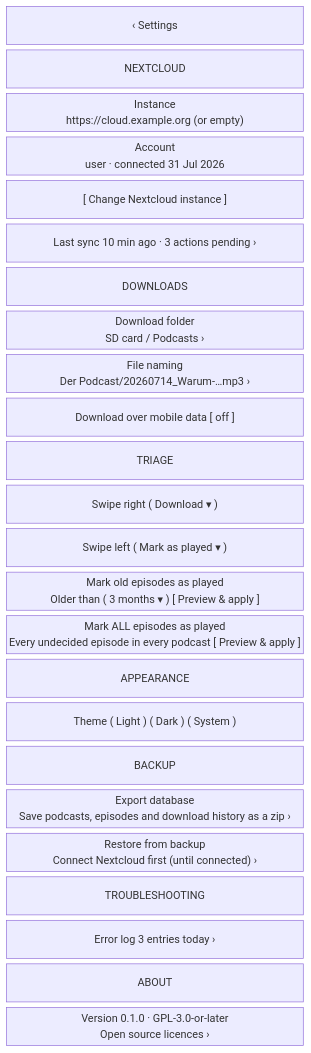
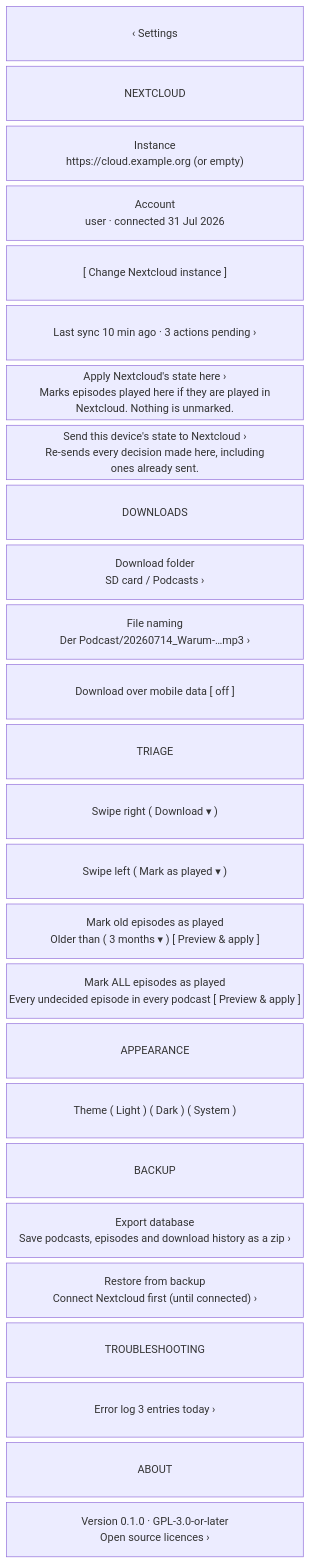
Before and after one commit to drehtuer/podsilo: the sixth of 14 diagrams in docs/UI.md, drawn with Mermaid. The commit also changed other lines of this file and 19 other files, not shown here.

````diff
--- a/docs/UI.md
+++ b/docs/UI.md
@@ -422,28 +422,30 @@
 ```mermaid
 block-beta
   columns 1
   bar["‹  Settings"]
   g1["NEXTCLOUD"]
   r1["Instance\nhttps://cloud.example.org        (or empty)"]
   r2["Account\nuser · connected 31 Jul 2026"]
   r3["[ Change Nextcloud instance ]"]
   r4["Last sync   10 min ago · 3 actions pending      ›"]
+  r4a["Apply Nextcloud's state here                     ›\nMarks episodes played here if they are played in\nNextcloud. Nothing is unmarked."]
+  r4b["Send this device's state to Nextcloud            ›\nRe-sends every decision made here, including\nones already sent."]
   g2["DOWNLOADS"]
   r5["Download folder\nSD card / Podcasts                 ›"]
   r6["File naming\nDer Podcast/20260714_Warum-…mp3    ›"]
   r7["Download over mobile data          [ off ]"]
   g3["TRIAGE"]
   r8["Swipe right    ( Download ▾ )"]
   r9["Swipe left     ( Mark as played ▾ )"]
   r10["Mark old episodes as played\nOlder than ( 3 months ▾ )      [ Preview & apply ]"]
   r11["Mark ALL episodes as played\nEvery undecided episode in every podcast  [ Preview & apply ]"]
   g4["APPEARANCE"]
   r12["Theme    ( Light )  ( Dark )  ( System )"]
   g5["BACKUP"]
   r13["Export database\nSave podcasts, episodes and download history as a zip   ›"]
   r14["Restore from backup\nConnect Nextcloud first  (until connected)                ›"]
   g6["TROUBLESHOOTING"]
   r15["Error log            3 entries today    ›"]
   g7["ABOUT"]
   r16["Version 0.1.0 · GPL-3.0-or-later\nOpen source licences               ›"]
 ```
````
